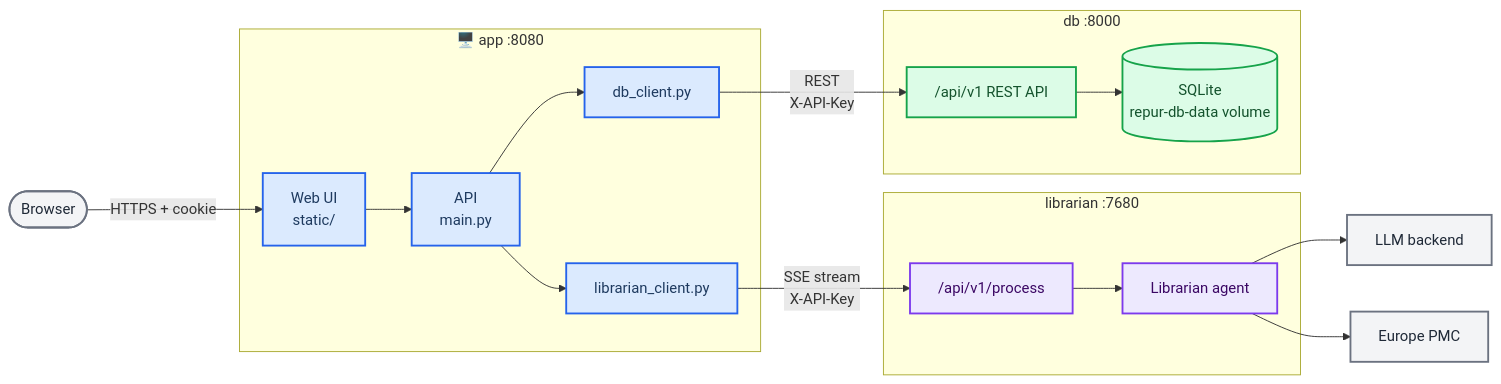
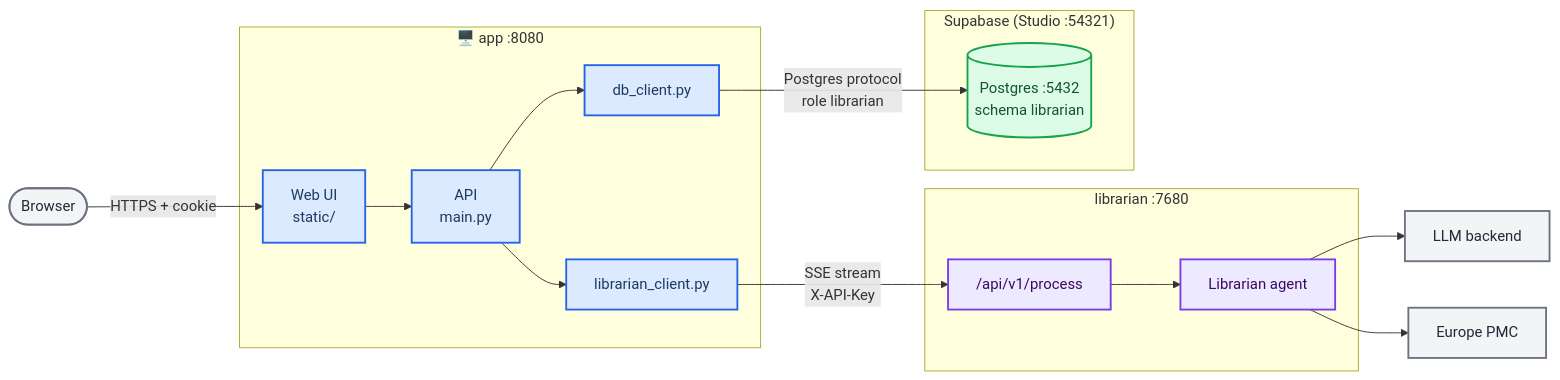
Before and after one commit to pharmbio/librarian-serve: the diagram in README.md, drawn with Mermaid. The commit also changed other lines of this file and 17663 other files, not shown here.

````diff
--- a/README.md
+++ b/README.md
@@ -23,48 +20,46 @@
 ```mermaid
 flowchart LR
     accTitle: Librarian service architecture
-    accDescr: The browser talks only to app. app calls librarian over HTTP to answer questions and db over HTTP to store users, sessions, queries and runs; librarian calls the LLM and Europe PMC, and only db reads and writes the SQLite file.
+    accDescr: The browser talks only to app. app calls librarian over HTTP to answer questions, and stores users, sessions, queries and runs in Supabase's Postgres over the Postgres protocol; librarian calls the LLM and Europe PMC.
 
     browser(["Browser"])
 
     subgraph app_service ["🖥️ app :8080"]
         web_ui["Web UI<br/>static/"]
         app_api["API<br/>main.py"]
         librarian_client["librarian_client.py"]
         db_client["db_client.py"]
     end
 
     subgraph librarian_service ["librarian :7680"]
         process_api["/api/v1/process"]
         agent["Librarian agent"]
     end
 
-    subgraph db_service ["db :8000"]
-        rest_api["/api/v1 REST API"]
-        sqlite[("SQLite<br/>repur-db-data volume")]
+    subgraph supabase_service ["Supabase (Studio :54321)"]
+        postgres[("Postgres :5432<br/>schema librarian")]
     end
 
     llm["LLM backend"]
     europe_pmc["Europe PMC"]
 
     browser -->|"HTTPS + cookie"| web_ui
     web_ui --> app_api
     app_api --> librarian_client
     app_api --> db_client
     librarian_client -->|"SSE stream<br/>X-API-Key"| process_api
-    db_client -->|"REST<br/>X-API-Key"| rest_api
+    db_client -->|"Postgres protocol<br/>role librarian"| postgres
     process_api --> agent
     agent --> llm
     agent --> europe_pmc
-    rest_api --> sqlite
 
     classDef app_node fill:#dbeafe,stroke:#2563eb,stroke-width:2px,color:#1e3a5f
     classDef librarian_node fill:#ede9fe,stroke:#7c3aed,stroke-width:2px,color:#3b0764
     classDef db_node fill:#dcfce7,stroke:#16a34a,stroke-width:2px,color:#14532d
     classDef external_node fill:#f3f4f6,stroke:#6b7280,stroke-width:2px,color:#1f2937
 
     class web_ui,app_api,librarian_client,db_client app_node
     class process_api,agent librarian_node
-    class rest_api,sqlite db_node
+    class postgres db_node
     class browser,llm,europe_pmc external_node
 ```
````
